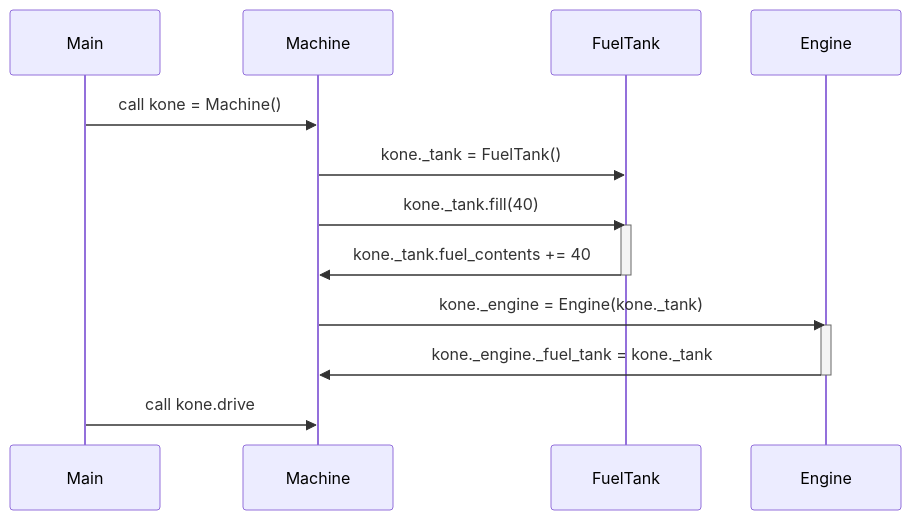
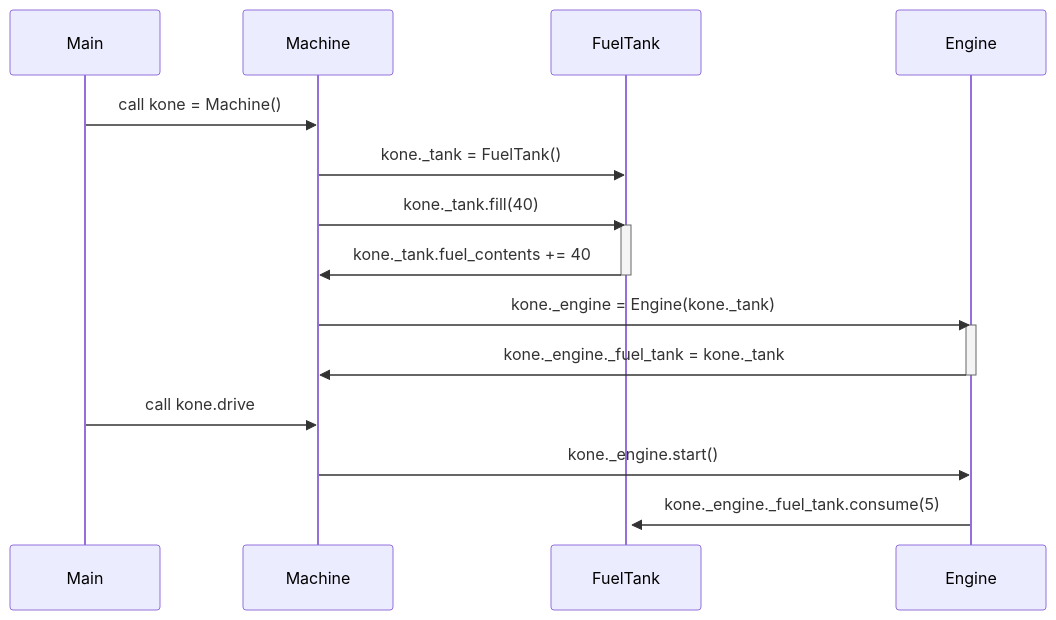
The diagram in laskarit/viikko3/sekvenssikaavio.md (EeroAnt/ot-harjoitusty-), drawn with Mermaid before and after one commit.

Commit message:
sekvenssikaavio v0.162

````diff
--- a/laskarit/viikko3/sekvenssikaavio.md
+++ b/laskarit/viikko3/sekvenssikaavio.md
@@ -1,18 +1,22 @@
 ```mermaid
 sequenceDiagram
   participant Main
   participant Machine
   participant FuelTank
   participant Engine
   Main->>Machine: call kone = Machine()
   Machine->>FuelTank: kone._tank = FuelTank()
   Machine->>FuelTank: kone._tank.fill(40)
   activate FuelTank
   FuelTank->>Machine: kone._tank.fuel_contents += 40  
   deactivate FuelTank
   Machine->>Engine: kone._engine = Engine(kone._tank)
   activate Engine
   Engine->>Machine: kone._engine._fuel_tank = kone._tank
   deactivate Engine
   Main->>Machine: call kone.drive
+  Machine->>Engine: kone._engine.start()
+  activate FuelTank
+  Engine->>FuelTank: kone._engine._fuel_tank.consume(5)
+  
 ```
````
